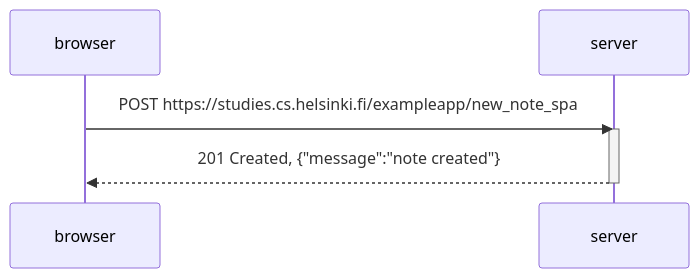
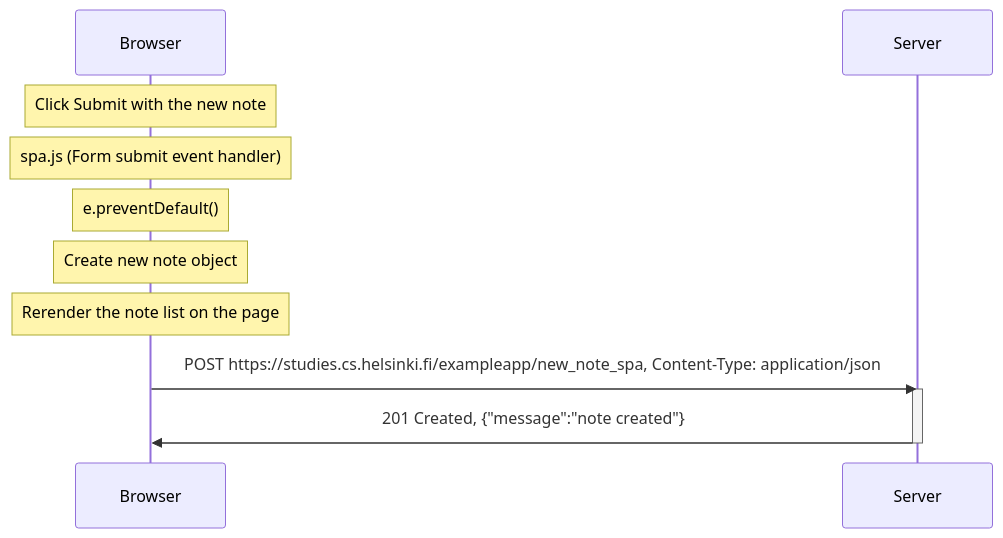
The diagram in part0/0.6_smt_spa_sequence_dia.md (noahwo/fullstackopen), drawn with Mermaid before and after one commit. The commit also changed other lines of this file and 2 other files, not shown here.

Commit message:
part 0 done

````diff
--- a/part0/0.6_smt_spa_sequence_dia.md
+++ b/part0/0.6_smt_spa_sequence_dia.md
@@ -1,12 +4,20 @@
 ```mermaid
 sequenceDiagram
-    participant browser
-    participant server
+    participant Browser
+    participant Server
 
-    browser->>server: POST  https://studies.cs.helsinki.fi/exampleapp/new_note_spa
-    activate server
-    server-->>browser: 201 Created, {"message":"note created"}
-    deactivate server
 
- 
+    Note over Browser: Click Submit with the new note
+    Note over Browser: spa.js (Form submit event handler)
+    Note over Browser: e.preventDefault()
+    Note over Browser: Create new note object
+    Note over Browser: Rerender the note list on the page
+    Browser->>Server: POST  https://studies.cs.helsinki.fi/exampleapp/new_note_spa, Content-Type: application/json
+
+    activate Server
+
+    Server->>Browser: 201 Created, {"message":"note created"}
+    Deactivate Server
+
+
 ```
````
